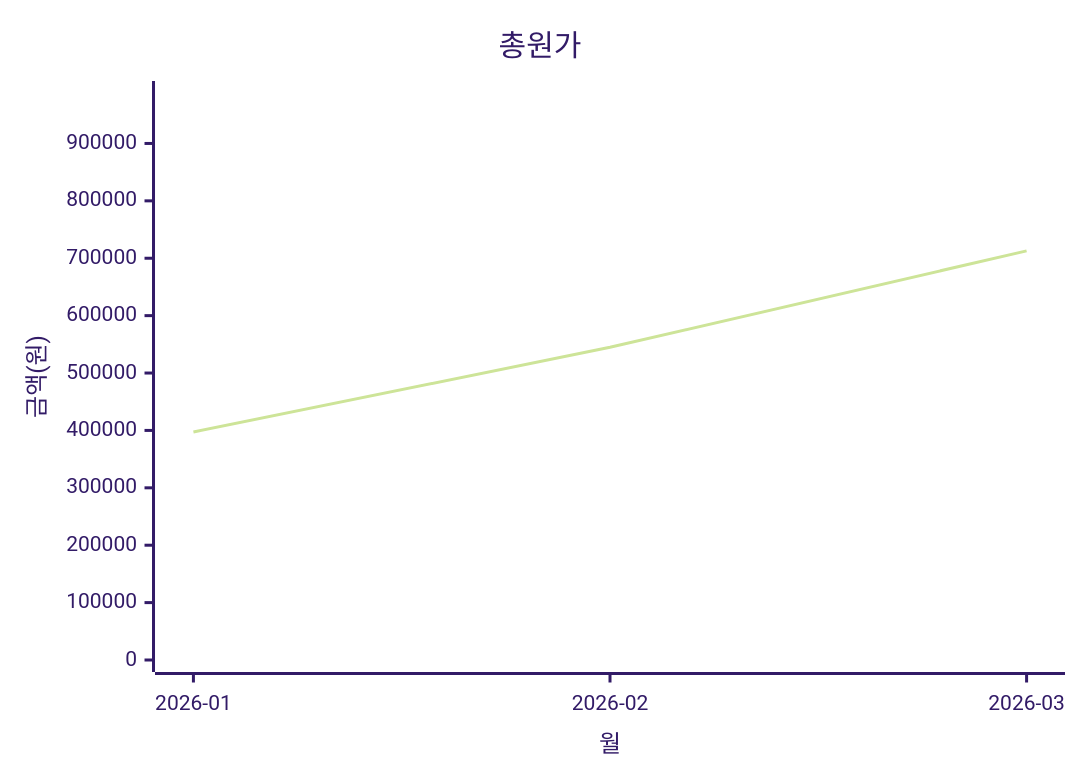
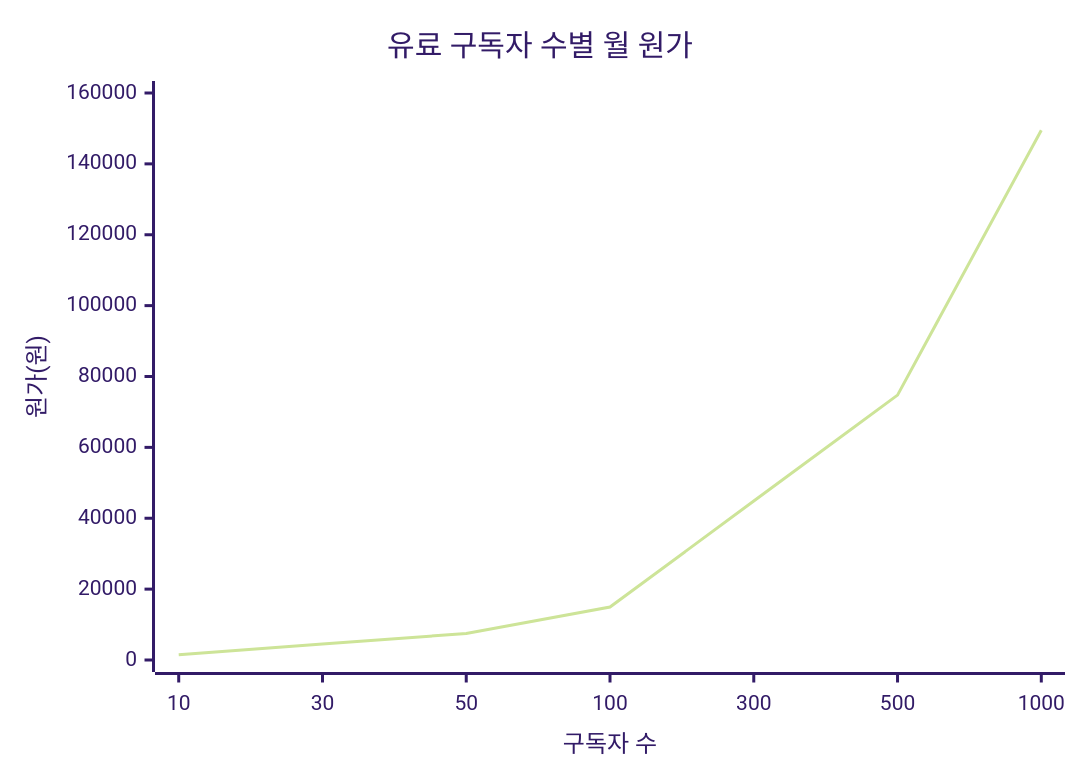
The second of 3 diagrams in BUSINESS_REPORT_PRIVATE.md (Dohwon/260322_polite_message_extension), drawn with Mermaid (forest theme) before and after one commit. The commit also changed other lines of this file and 4 other files, not shown here.

````diff
--- a/BUSINESS_REPORT_PRIVATE.md
+++ b/BUSINESS_REPORT_PRIVATE.md
@@ -101,7 +178,7 @@
 ```mermaid
 xychart-beta
-  title "총원가"
-  x-axis "월" [2026-01,2026-02,2026-03]
-  y-axis "금액(원)" 0 --> 987911
-  line [397392.0,544800.0,712816.0]
+  title "유료 구독자 수별 월 원가"
+  x-axis "구독자 수" [10,30,50,100,300,500,1000]
+  y-axis "원가(원)" 0 --> 160000
+  line [1495,4485,7475,14950,44850,74750,149500]
 ```
````
